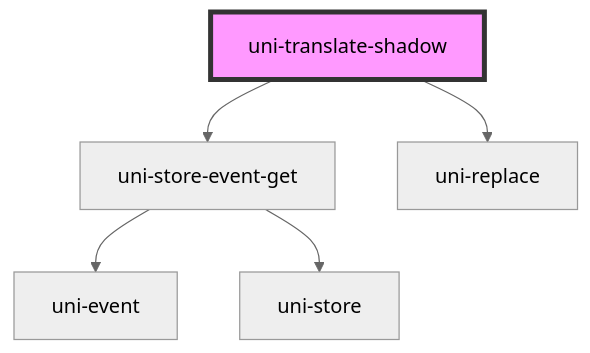
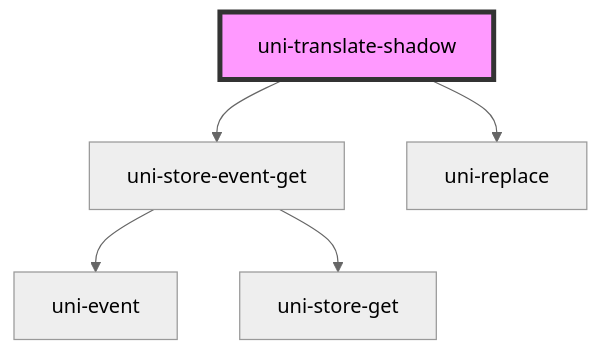
Before and after one commit to uiregex/uni-localize: the diagram in src/translate/components/shadow/readme.md, drawn with Mermaid (neutral theme). The commit also changed other lines of this file and 10 other files, not shown here.

````diff
--- a/src/translate/components/shadow/readme.md
+++ b/src/translate/components/shadow/readme.md
@@ -30,8 +30,8 @@
 ```mermaid
 graph TD;
   uni-translate-shadow --> uni-store-event-get
   uni-translate-shadow --> uni-replace
   uni-store-event-get --> uni-event
-  uni-store-event-get --> uni-store
+  uni-store-event-get --> uni-store-get
   style uni-translate-shadow fill:#f9f,stroke:#333,stroke-width:4px
 ```
````
